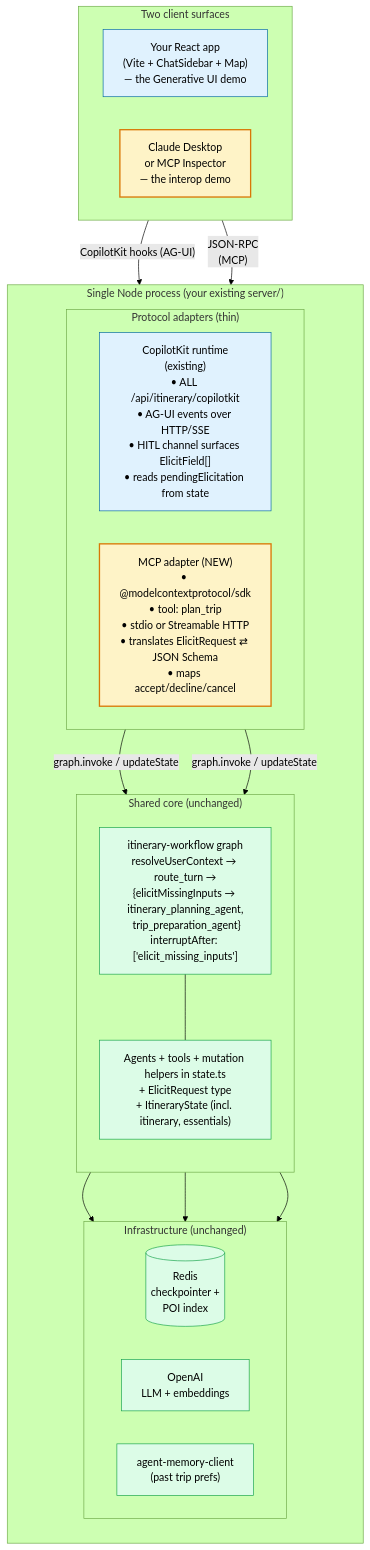
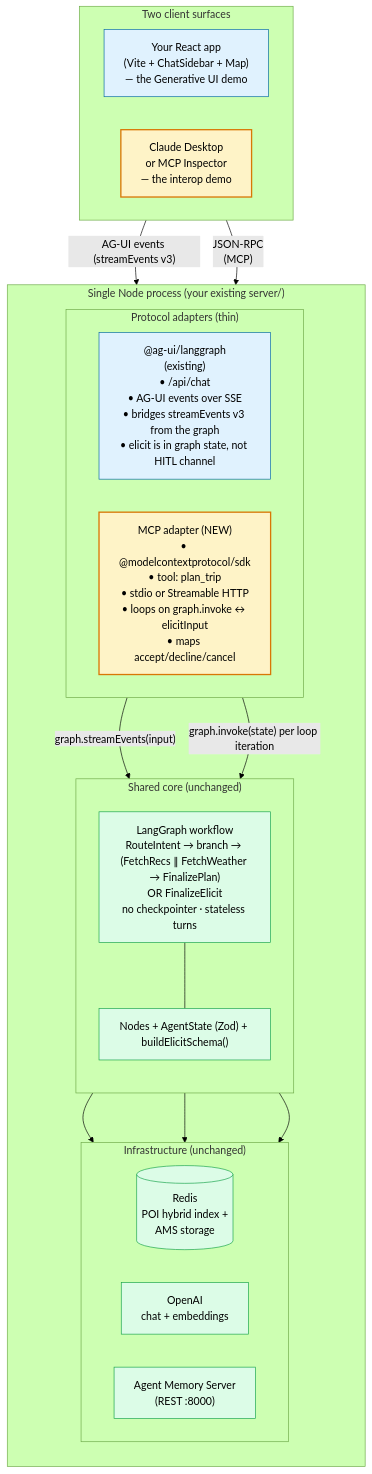
Before and after one commit to booleanhunter/travel-planning-agent-agui-langraph: the first of 2 diagrams in docs/diagrams/with-mcp.md, drawn with Mermaid (forest theme). The commit also changed other lines of this file and 8 other files, not shown here.

First line of the commit message:
docs(diagrams): realign architecture docs with the single-graph design

````diff
--- a/docs/diagrams/with-mcp.md
+++ b/docs/diagrams/with-mcp.md
@@ -3,45 +3,45 @@
 ```mermaid
 flowchart TB
       subgraph Clients["Two client surfaces"]
           direction LR
           React["Your React app<br/>(Vite + ChatSidebar + Map)<br/>— the Generative UI demo"]
           Claude["Claude Desktop<br/>or MCP Inspector<br/>— the interop demo"]
       end
 
       subgraph Server["Single Node process (your existing server/)"]
           direction TB
           subgraph Adapters["Protocol adapters (thin)"]
               direction LR
-              AGUI["CopilotKit runtime<br/>(existing)<br/>• ALL /api/itinerary/copilotkit<br/>• AG-UI events over HTTP/SSE<br/>• HITL channel surfaces ElicitField[]<br/>• reads pendingElicitation from state"]
-              MCP["MCP adapter (NEW)<br/>• @modelcontextprotocol/sdk<br/>• tool: plan_trip<br/>• stdio or Streamable HTTP<br/>• translates ElicitRequest ⇄ JSON Schema<br/>• maps accept/decline/cancel"]
+              AGUI["@ag-ui/langgraph<br/>(existing)<br/>• /api/chat<br/>• AG-UI events over SSE<br/>• bridges streamEvents v3 from the graph<br/>• elicit is in graph state, not HITL channel"]
+              MCP["MCP adapter (NEW)<br/>• @modelcontextprotocol/sdk<br/>• tool: plan_trip<br/>• stdio or Streamable HTTP<br/>• loops on graph.invoke ↔ elicitInput<br/>• maps accept/decline/cancel"]
           end
 
           subgraph Core["Shared core (unchanged)"]
               direction TB
-              Graph["itinerary-workflow graph<br/>resolveUserContext → route_turn →<br/>{elicitMissingInputs → itinerary_planning_agent,<br/> trip_preparation_agent}<br/>interruptAfter: ['elicit_missing_inputs']"]
-              Nodes["Agents + tools + mutation helpers in state.ts<br/>+ ElicitRequest type<br/>+ ItineraryState (incl. itinerary, essentials)"]
-              Graph --- Nodes
+              Graph["LangGraph workflow<br/>RouteIntent → branch → (FetchRecs ∥ FetchWeather → FinalizePlan)<br/>OR FinalizeElicit<br/>no checkpointer · stateless turns"]
+              Helpers["Nodes + AgentState (Zod) + buildElicitSchema()"]
+              Graph --- Helpers
           end
 
           subgraph Infra["Infrastructure (unchanged)"]
               direction LR
-              Redis[("Redis<br/>checkpointer +<br/>POI index")]
-              LLM["OpenAI<br/>LLM + embeddings"]
-              Mem["agent-memory-client<br/>(past trip prefs)"]
+              Redis[("Redis<br/>POI hybrid index +<br/>AMS storage")]
+              LLM["OpenAI<br/>chat + embeddings"]
+              AMS["Agent Memory Server<br/>(REST :8000)"]
           end
       end
-      React -- "CopilotKit hooks (AG-UI)" --> AGUI
+      React -- "AG-UI events (streamEvents v3)" --> AGUI
       Claude -- "JSON-RPC<br/>(MCP)" --> MCP
-      AGUI -- "graph.invoke / updateState" --> Graph
-      MCP  -- "graph.invoke / updateState" --> Graph
+      AGUI -- "graph.streamEvents(input)" --> Graph
+      MCP  -- "graph.invoke(state) per loop iteration" --> Graph
       Graph --> Redis
-      Nodes --> LLM
-      Nodes --> Mem
+      Helpers --> LLM
+      Helpers --> AMS
 
       classDef new fill:#fef3c7,stroke:#d97706,stroke-width:2px
       classDef existing fill:#e0f2fe,stroke:#0369a1
       classDef shared fill:#dcfce7,stroke:#16a34a
       class MCP,Claude new
       class AGUI,React existing
-      class Graph,Nodes,Redis,LLM,Mem shared
+      class Graph,Helpers,Redis,LLM,AMS shared
 ```
````
